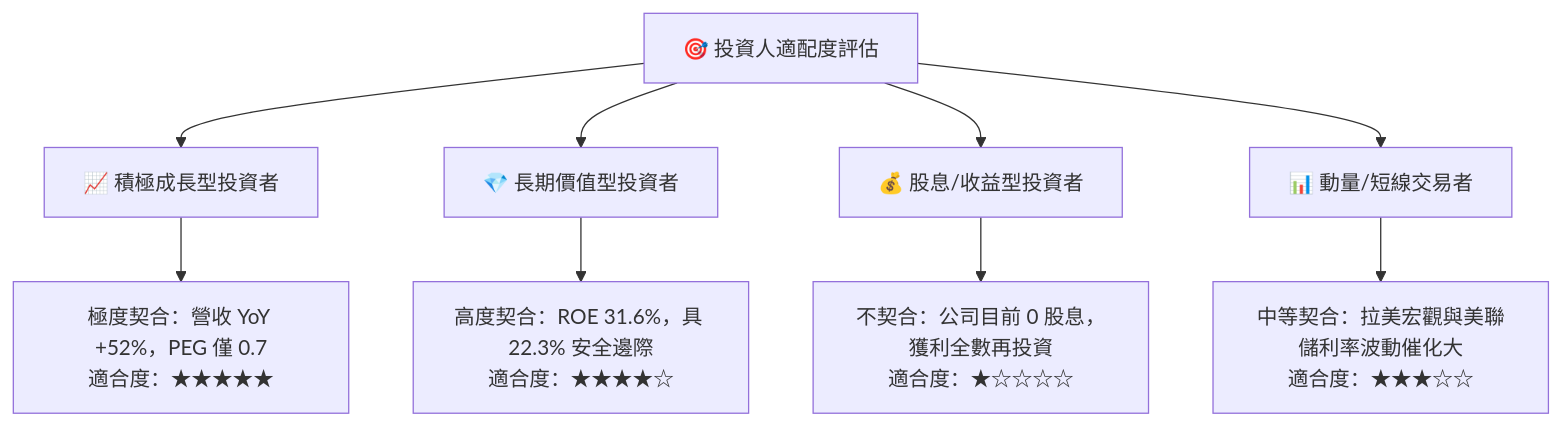
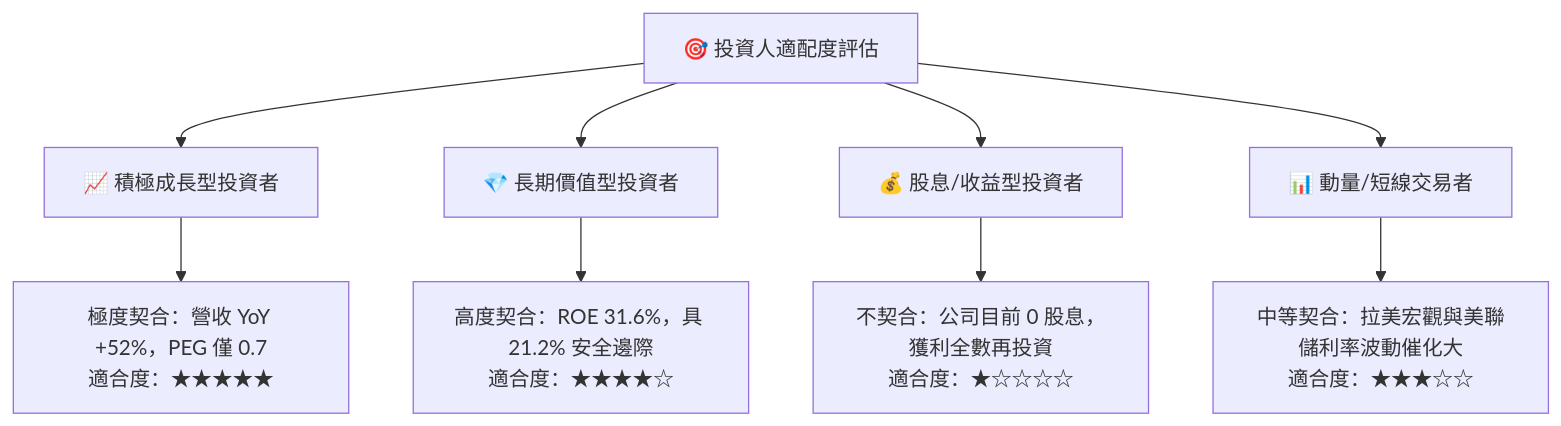
One commit to yennanliu/finance_data changed diagram 15 of 15 in ai_gen_report/fundamental/nu/fundamental_analysis_2026-10-21_gemini.md. Above: the diagram before and after it, drawn with Mermaid. The commit also changed other lines of this file and 339 other files, not shown here.

````diff
--- a/ai_gen_report/fundamental/nu/fundamental_analysis_2026-10-21_gemini.md
+++ b/ai_gen_report/fundamental/nu/fundamental_analysis_2026-10-21_gemini.md
@@ -1041,14 +1056,14 @@
 ```mermaid
 graph TD
     INV["🎯 投資人適配度評估"]
 
     INV --> G["📈 積極成長型投資者"]
     INV --> V["💎 長期價值型投資者"]
     INV --> D["💰 股息/收益型投資者"]
     INV --> T["📊 動量/短線交易者"]
 
     G --> G1["極度契合：營收 YoY +52%，PEG 僅 0.7<br/>適合度：★★★★★"]
-    V --> V1["高度契合：ROE 31.6%，具 22.3% 安全邊際<br/>適合度：★★★★☆"]
+    V --> V1["高度契合：ROE 31.6%，具 21.2% 安全邊際<br/>適合度：★★★★☆"]
     D --> D1["不契合：公司目前 0 股息，獲利全數再投資<br/>適合度：★☆☆☆☆"]
     T --> T1["中等契合：拉美宏觀與美聯儲利率波動催化大<br/>適合度：★★★☆☆"]
 ```
````
